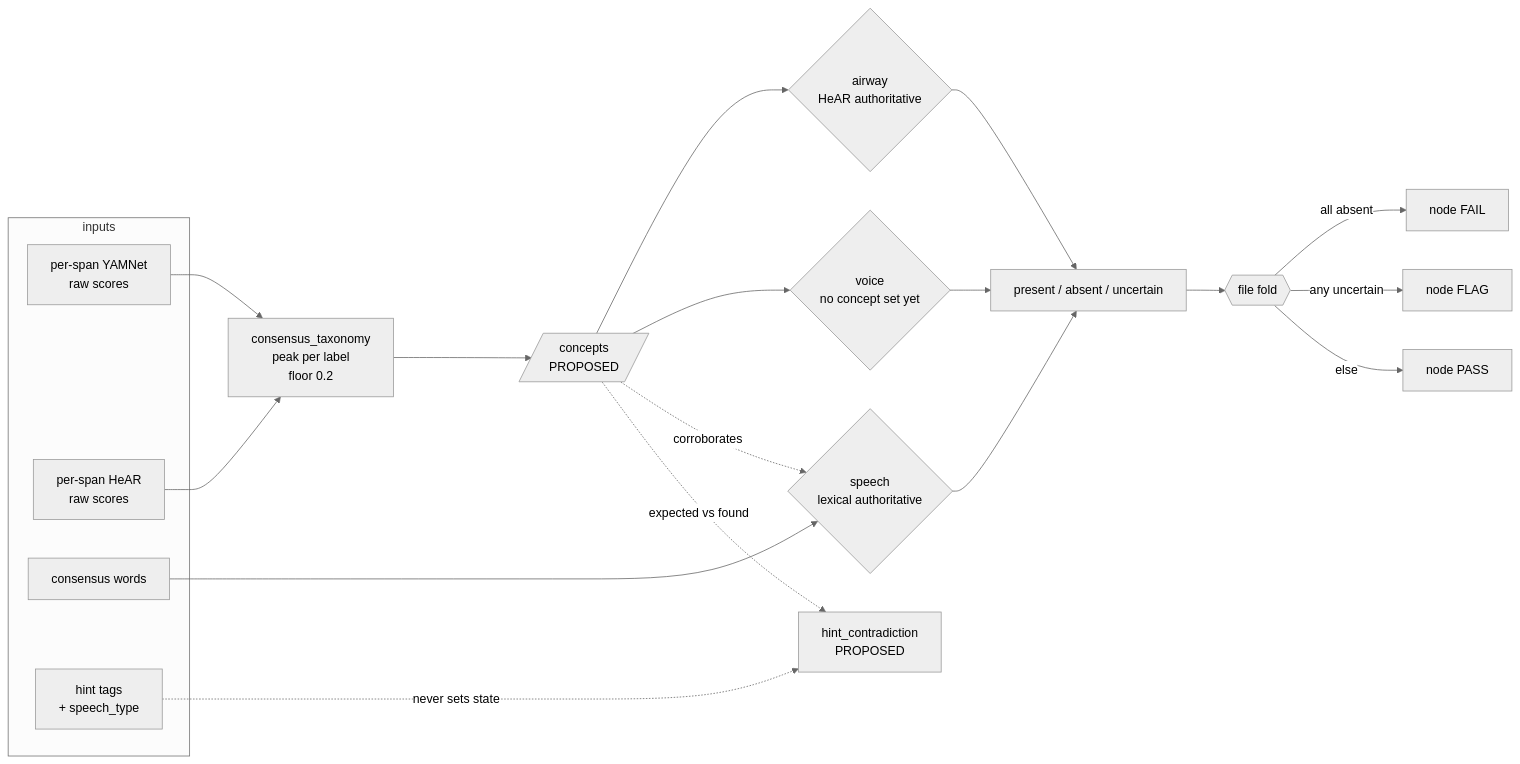
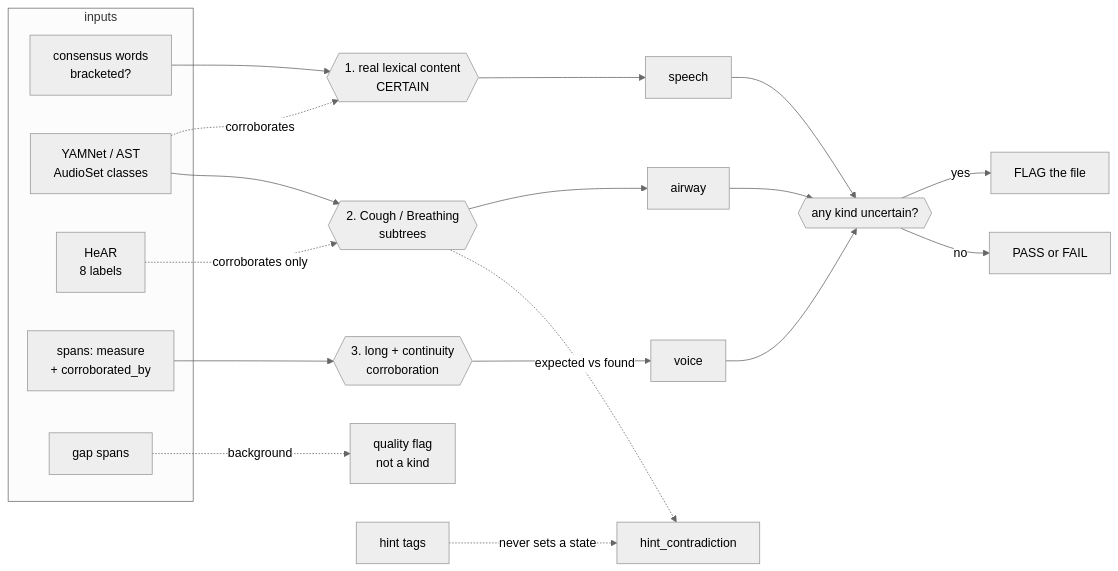
Before and after one commit to sensein/senselab: the second of 2 diagrams in specs/20260817-triage-workflow-dag/dag.md, drawn with Mermaid (neutral theme). The commit also changed other lines of this file, not shown here.

First line of the commit message:
docs(triage): the kinds decided by four pathways, not by counting against floors

````diff
--- a/specs/20260817-triage-workflow-dag/dag.md
+++ b/specs/20260817-triage-workflow-dag/dag.md
@@ -357,25 +437,26 @@
 ```mermaid
 graph LR
   subgraph inputs
-    SY["per-span YAMNet<br/>raw scores"]
-    SH["per-span HeAR<br/>raw scores"]
-    LEX["consensus words"]
-    HINT["hint tags<br/>+ speech_type"]
+    ASR["consensus words<br/>bracketed?"]
+    YAM["YAMNet / AST<br/>AudioSet classes"]
+    HEAR["HeAR<br/>8 labels"]
+    SPN["spans: measure<br/>+ corroborated_by"]
+    GAP["gap spans"]
   end
-  SY --> CT["consensus_taxonomy<br/>peak per label<br/>floor 0.2"]
-  SH --> CT
-  CT --> CON[/"concepts<br/>PROPOSED"/]
-  CON --> AIR{"airway<br/>HeAR authoritative"}
-  CON --> VOI{"voice<br/>no concept set yet"}
-  LEX --> SPE{"speech<br/>lexical authoritative"}
-  CON -.corroborates.-> SPE
-  AIR --> ST["present / absent / uncertain"]
-  SPE --> ST
-  VOI --> ST
-  ST --> FOLD{{"file fold"}}
-  FOLD -->|all absent| F1["node FAIL"]
-  FOLD -->|any uncertain| F2["node FLAG"]
-  FOLD -->|else| F3["node PASS"]
-  HINT -.never sets state.-> HC["hint_contradiction<br/>PROPOSED"]
-  CON -.expected vs found.-> HC
+  ASR --> P1{{"1. real lexical content<br/>CERTAIN"}}
+  YAM -.corroborates.-> P1
+  YAM --> P2{{"2. Cough / Breathing<br/>subtrees"}}
+  HEAR -.corroborates only.-> P2
+  SPN --> P3{{"3. long + continuity<br/>corroboration"}}
+  P1 --> SPE["speech"]
+  P2 --> AIR["airway"]
+  P3 --> VOI["voice"]
+  SPE --> FOLD{{"any kind uncertain?"}}
+  AIR --> FOLD
+  VOI --> FOLD
+  FOLD -->|yes| FLAG["FLAG the file"]
+  FOLD -->|no| DEC["PASS or FAIL"]
+  GAP -.background.-> QF["quality flag<br/>not a kind"]
+  HINT["hint tags"] -.never sets a state.-> HC["hint_contradiction"]
+  P2 -.expected vs found.-> HC
 ```
````
